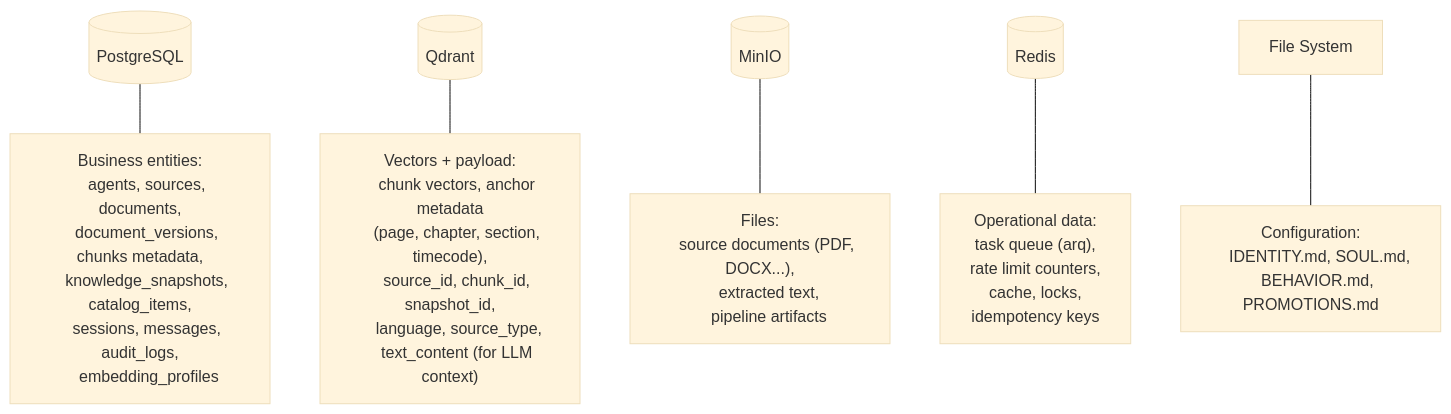
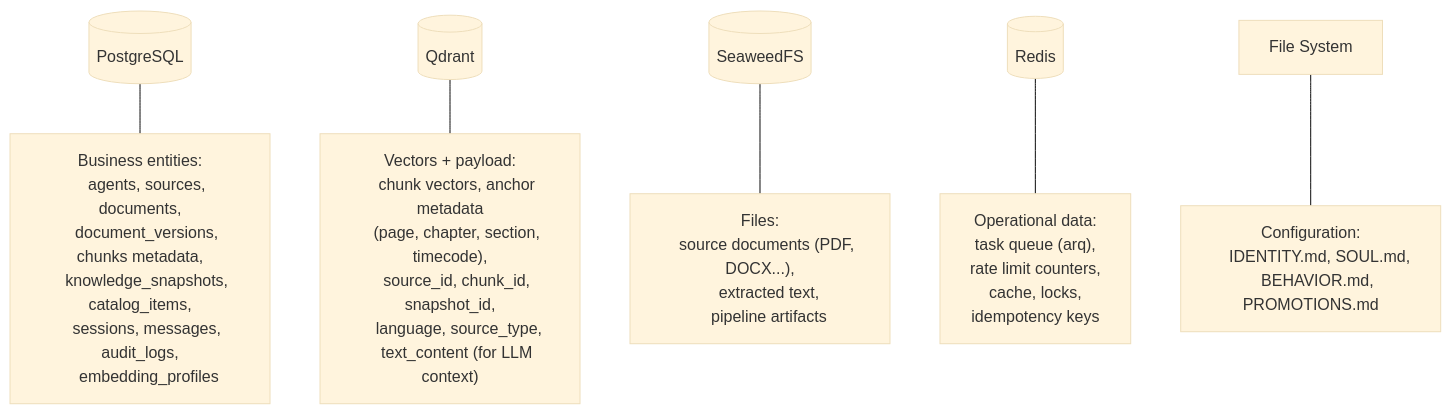
One commit to itechmeat/proxymind changed the sixth of 8 diagrams in docs/architecture.md. Above: the diagram before and after it, drawn with Mermaid (base theme). The commit also changed other lines of this file and 41 other files, not shown here.

First line of the commit message:
feat(storage): replace MinIO with SeaweedFS for object storage (S2-05)

````diff
--- a/docs/architecture.md
+++ b/docs/architecture.md
@@ -250,37 +250,37 @@
 ```mermaid
 graph TB
     PG[(PostgreSQL)]
     Q[(Qdrant)]
-    M[(MinIO)]
+    M[(SeaweedFS)]
     R[(Redis)]
     FS[File System]
 
     PG --- pg_data["Business entities:
     agents, sources, documents,
     document_versions, chunks metadata,
     knowledge_snapshots, catalog_items,
     sessions, messages, audit_logs,
     embedding_profiles"]
 
     Q --- q_data["Vectors + payload:
     chunk vectors, anchor metadata
     (page, chapter, section, timecode),
     source_id, chunk_id, snapshot_id,
     language, source_type,
     text_content (for LLM context)"]
 
     M --- m_data["Files:
     source documents (PDF, DOCX...),
     extracted text,
     pipeline artifacts"]
 
     R --- r_data["Operational data:
     task queue (arq),
     rate limit counters,
     cache, locks,
     idempotency keys"]
 
     FS --- fs_data["Configuration:
     IDENTITY.md, SOUL.md,
     BEHAVIOR.md, PROMOTIONS.md"]
 ```
````
